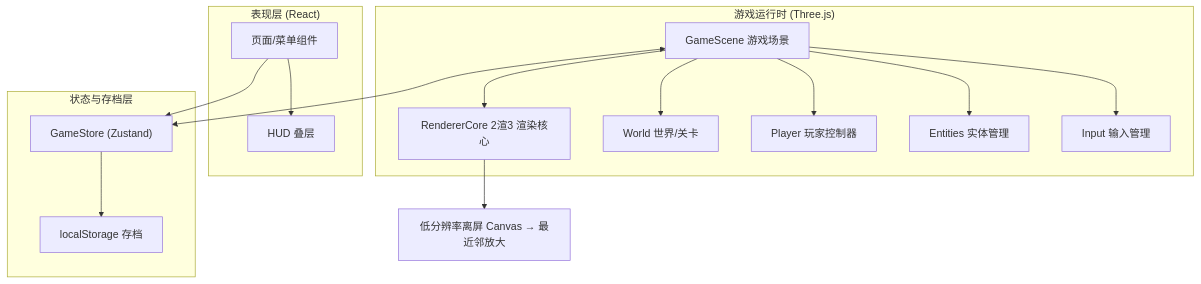
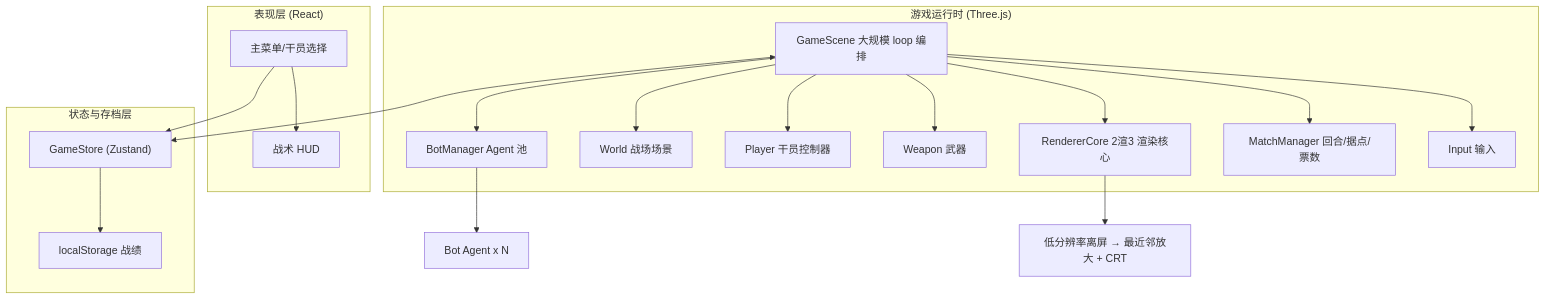
One commit to woshiabc55/AE changed the first of 2 diagrams in .trae/documents/TechnicalArchitecture.md. Above: the diagram before and after it, drawn with Mermaid. The commit also changed other lines of this file and 26 other files, not shown here.

````diff
--- a/.trae/documents/TechnicalArchitecture.md
+++ b/.trae/documents/TechnicalArchitecture.md
@@ -3,19 +3,22 @@
 ```mermaid
 flowchart TD
     subgraph "表现层 (React)"
-        UI["页面/菜单组件"] --> HUD["HUD 叠层"]
+        UI["主菜单/干员选择"] --> HUD["战术 HUD"]
     end
     subgraph "游戏运行时 (Three.js)"
-        GS["GameScene 游戏场景"] --> RC["RendererCore 2渲3 渲染核心"]
-        GS --> WL["World 世界/关卡"]
-        GS --> PL["Player 玩家控制器"]
-        GS --> ENT["Entities 实体管理"]
-        GS --> IN["Input 输入管理"]
+        GS["GameScene 大规模 loop 编排"] --> RC["RendererCore 2渲3 渲染核心"]
+        GS --> WL["World 战场场景"]
+        GS --> PL["Player 干员控制器"]
+        GS --> WP["Weapon 武器"]
+        GS --> BM["BotManager Agent 池"]
+        GS --> MM["MatchManager 回合/据点/票数"]
+        GS --> IN["Input 输入"]
     end
     subgraph "状态与存档层"
         UI --> ST["GameStore (Zustand)"]
-        ST --> LS["localStorage 存档"]
+        ST --> LS["localStorage 战绩"]
         GS <--> ST
     end
-    RC --> OUT["低分辨率离屏 Canvas → 最近邻放大"]
+    BM --> B["Bot Agent x N"]
+    RC --> OUT["低分辨率离屏 → 最近邻放大 + CRT"]
 ```
````
